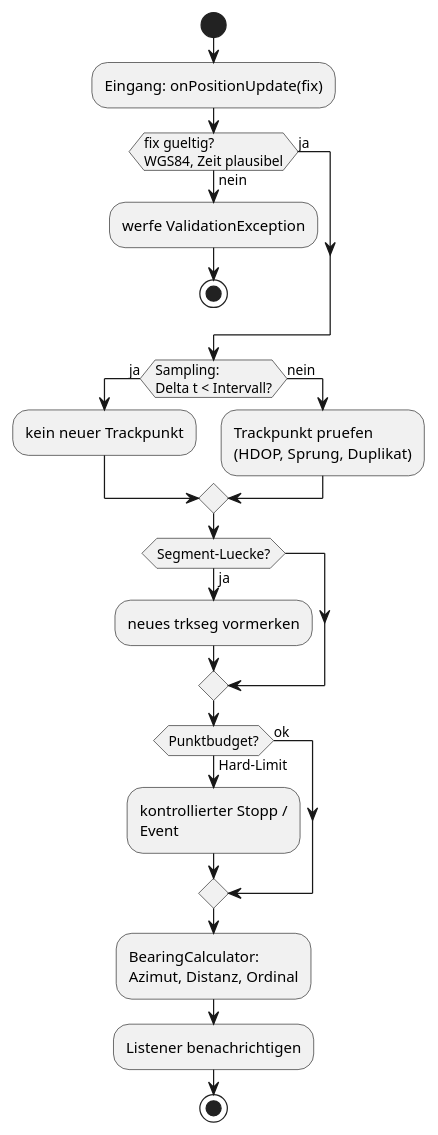
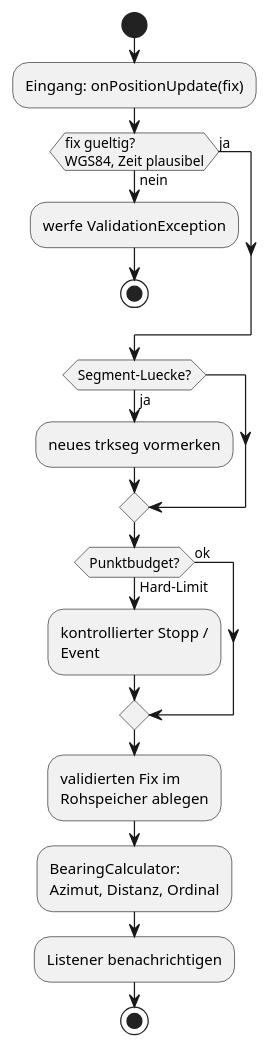
Before and after one commit to BenschD/SWE-Kompass: the diagram in Vorschrieb/plantuml/activity-position-update.puml, drawn with PlantUML. The commit also changed 46 other files, not shown here.

```diff
--- a/Vorschrieb/plantuml/activity-position-update.puml
+++ b/Vorschrieb/plantuml/activity-position-update.puml
@@ -1,26 +1,22 @@
 @startuml SWE_Kompass_Activity_PositionUpdate
 skinparam monochrome true
 skinparam shadowing false
 start
 :Eingang: onPositionUpdate(fix);
 if (fix gueltig?\nWGS84, Zeit plausibel) then (nein)
   :werfe ValidationException;
   stop
 else (ja)
 endif
-if (Sampling:\nDelta t < Intervall?) then (ja)
-  :kein neuer Trackpunkt;
-else (nein)
-  :Trackpunkt pruefen\n(HDOP, Sprung, Duplikat);
-endif
 if (Segment-Luecke?) then (ja)
   :neues trkseg vormerken;
 endif
 if (Punktbudget?) then (Hard-Limit)
   :kontrollierter Stopp /\nEvent;
 else (ok)
 endif
+:validierten Fix im\nRohspeicher ablegen;
 :BearingCalculator:\nAzimut, Distanz, Ordinal;
 :Listener benachrichtigen;
 stop
 @enduml
```
